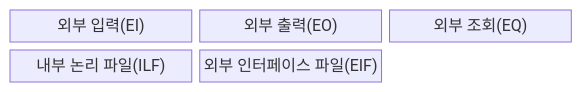
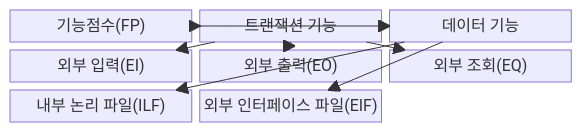
One commit to agnusdei1207/knowledge-base changed the first of 2 diagrams in src/content/docs/notes/03-software/073_function_point.md. Above: the diagram before and after it, drawn with Mermaid. The commit also changed other lines of this file and 20 other files, not shown here.

````diff
--- a/src/content/docs/notes/03-software/073_function_point.md
+++ b/src/content/docs/notes/03-software/073_function_point.md
@@ -63,9 +65,19 @@
 ```mermaid
-block-beta
+block
   columns 3
+  FP["기능점수(FP)"]
+  T["트랜잭션 기능"]
+  D["데이터 기능"]
   EI["외부 입력(EI)"]
   EO["외부 출력(EO)"]
   EQ["외부 조회(EQ)"]
   ILF["내부 논리 파일(ILF)"]
   EIF["외부 인터페이스 파일(EIF)"]
+  FP --> T
+  FP --> D
+  T --> EI
+  T --> EO
+  T --> EQ
+  D --> ILF
+  D --> EIF
 ```
````
